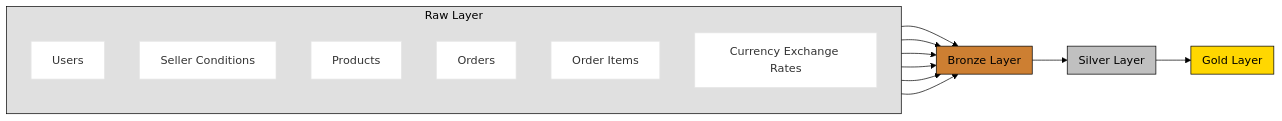
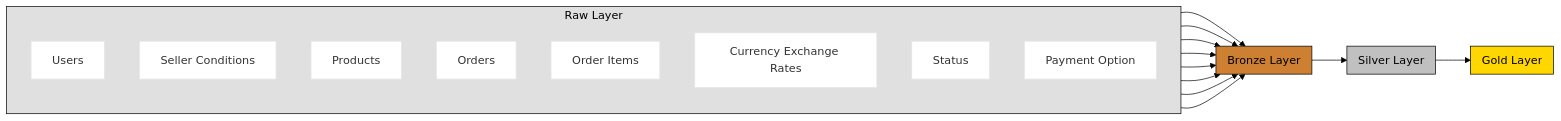
Before and after one commit to Daniel-Wata/dbt_sales_proj: the second of 2 diagrams in README.md, drawn with Mermaid. The commit also changed other lines of this file and 3 other files, not shown here.

Commit message:
changed schema and added status and payment_option

````diff
--- a/README.md
+++ b/README.md
@@ -111,38 +123,42 @@
 ```mermaid
 %%{init: {'theme': 'base', 'themeVariables': { 'primaryColor': '#fff', 'background': '#fff'}} }%%
 flowchart LR
     %% Define subgraphs with custom styles
     subgraph R["Raw Layer"]
         style R fill:#e0e0e0,stroke:#000,stroke-width:1px,color:#000
         direction TB
         R1[Users]
         R2[Seller Conditions]
         R3[Products]
         R4[Orders]
         R5[Order Items]
         R6[Currency Exchange Rates]
+        R7[Status]
+        R8[Payment Option]
     end
     subgraph B["Bronze Layer"]
         style B fill:#cd7f32,stroke:#000,stroke-width:1px,color:#000
         direction TB
 
     end
     subgraph S["Silver Layer"]
         style S fill:#c0c0c0,stroke:#000,stroke-width:1px,color:#000
         direction TB
 
     end
     subgraph G["Gold Layer"]
         style G fill:#ffd700,stroke:#000,stroke-width:1px,color:#000
         direction TB
 
     end
   
     R1 --> B 
     R2 --> B 
     R3 --> B 
     R4 --> B 
     R5 --> B 
     R6 --> B 
+    R7 --> B 
+    R8 --> B 
     B --> S --> G
 ```
````
